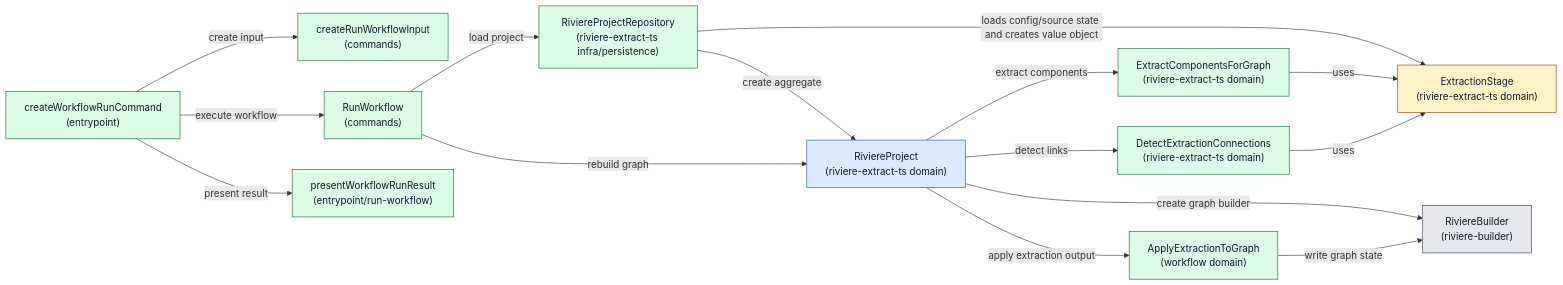
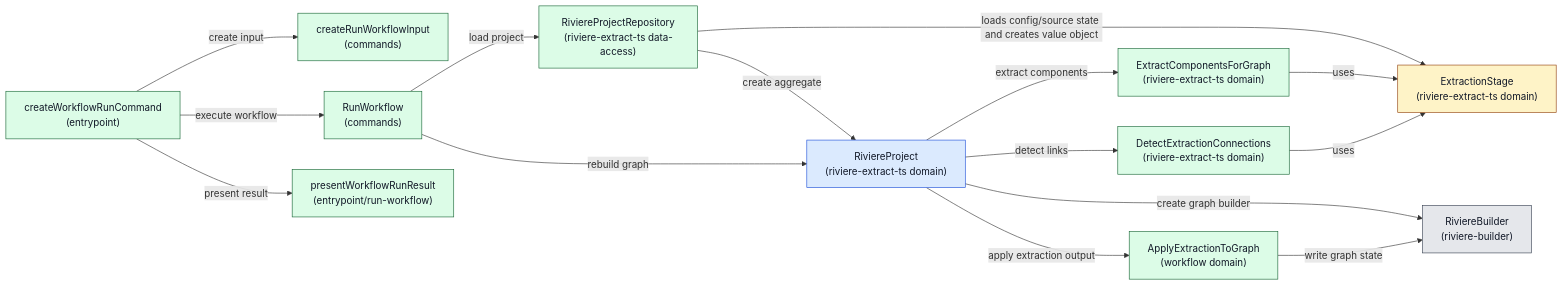
The second of 5 diagrams in docs/project/PRD/riviere-extraction-workflows-v1/ARCH.md (NTCoding/living-architecture), drawn with Mermaid before and after one commit. The commit also changed other lines of this file and 334 other files, not shown here.

Commit message:
refactor: enforce declarative architecture locations

````diff
--- a/docs/project/PRD/riviere-extraction-workflows-v1/ARCH.md
+++ b/docs/project/PRD/riviere-extraction-workflows-v1/ARCH.md
@@ -206,46 +206,46 @@
 ```mermaid
 flowchart LR
   entrypoint["createWorkflowRunCommand<br/>(entrypoint)"]
   inputFactory["createRunWorkflowInput<br/>(commands)"]
   useCase["RunWorkflow<br/>(commands)"]
-  repository["RiviereProjectRepository<br/>(riviere-extract-ts infra/persistence)"]
+  repository["RiviereProjectRepository<br/>(riviere-extract-ts data-access)"]
   extractionStage["ExtractionStage<br/>(riviere-extract-ts domain)"]
   extractComponents["ExtractComponentsForGraph<br/>(riviere-extract-ts domain)"]
   detectConnections["DetectExtractionConnections<br/>(riviere-extract-ts domain)"]
   project["RiviereProject<br/>(riviere-extract-ts domain)"]
   builder["RiviereBuilder<br/>(riviere-builder)"]
   applyExtractionToGraph["ApplyExtractionToGraph<br/>(workflow domain)"]
   formatter["presentWorkflowRunResult<br/>(entrypoint/run-workflow)"]
 
   entrypoint -->|create input| inputFactory
   entrypoint -->|execute workflow| useCase
   useCase -->|load project| repository
   repository -->|loads config/source state and creates value object| extractionStage
   repository -->|create aggregate| project
   useCase -->|rebuild graph| project
   project -->|create graph builder| builder
   project -->|extract components| extractComponents
   project -->|detect links| detectConnections
   extractComponents -->|uses| extractionStage
   detectConnections -->|uses| extractionStage
   project -->|apply extraction output| applyExtractionToGraph
   applyExtractionToGraph -->|write graph state| builder
   entrypoint -->|present result| formatter
 
   classDef statusExisting fill:#e5e7eb,stroke:#374151,color:#111827
   classDef statusChanged fill:#fef3c7,stroke:#92400e,color:#111827
   classDef statusNew fill:#dcfce7,stroke:#166534,color:#111827
   classDef statusRequiresRoleChange fill:#dbeafe,stroke:#1d4ed8,color:#111827
   class entrypoint statusNew
   class inputFactory statusNew
   class useCase statusNew
   class repository statusNew
   class extractionStageMaterializer statusRequiresRoleChange
   class extractionStage statusChanged
   class extractComponents statusNew
   class detectConnections statusNew
   class project statusRequiresRoleChange
   class builder statusExisting
   class applyExtractionToGraph statusNew
   class formatter statusNew
 ```
````
